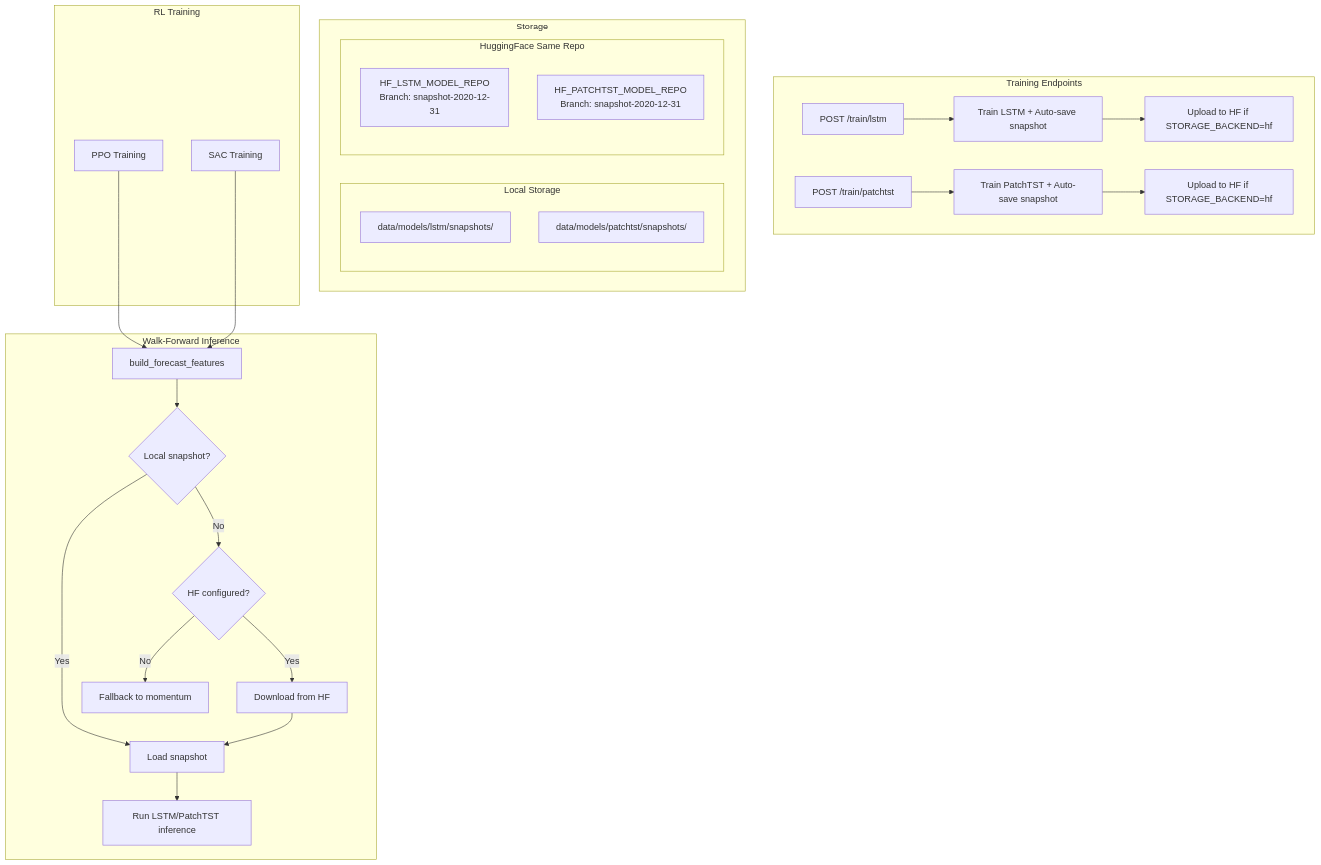
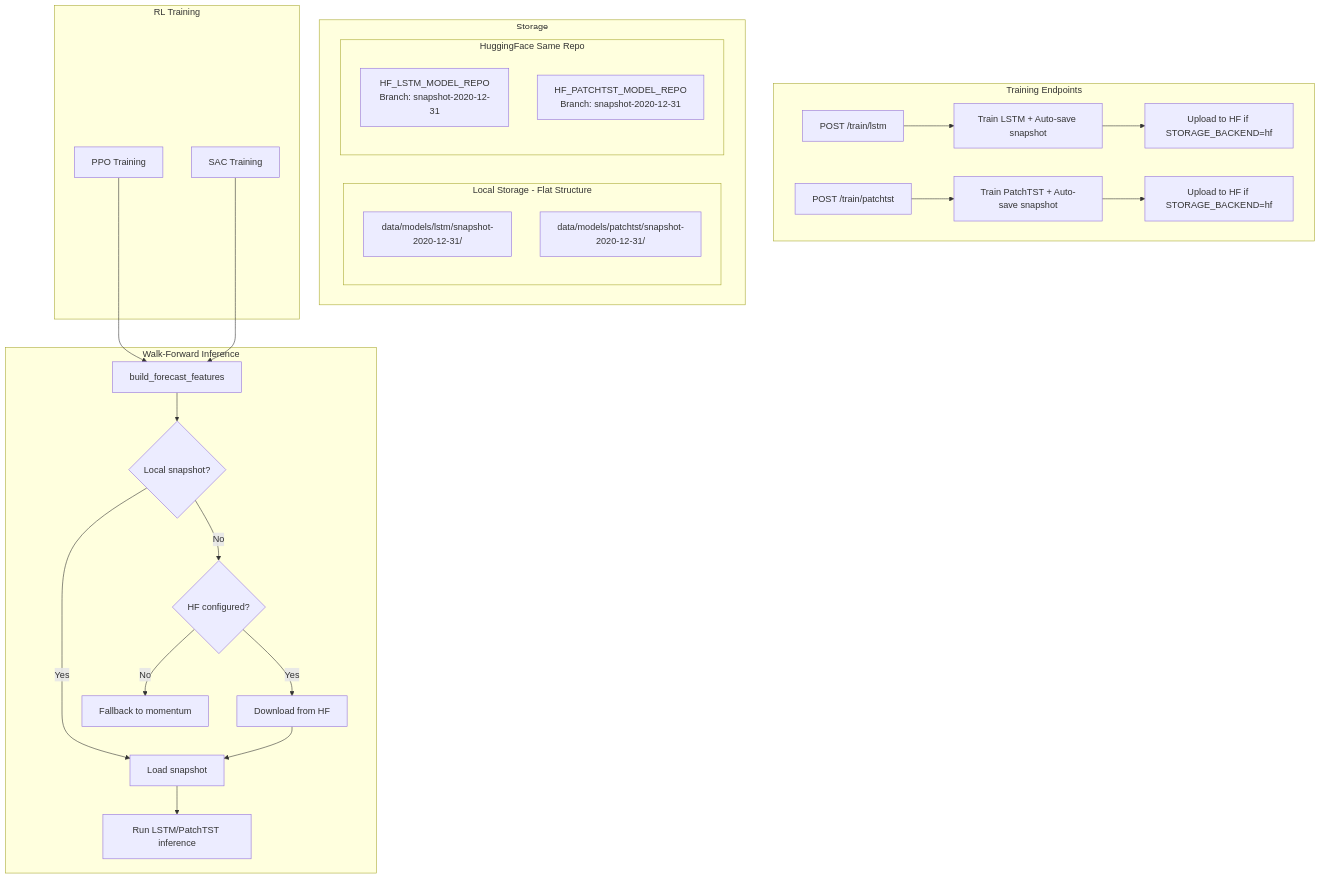
One commit to hajirazin/LearnFinance-2025 changed the diagram in brain_api/docs/forecaster_snapshots.md. Above: the diagram before and after it, drawn with Mermaid. The commit also changed other lines of this file and 120 other files, not shown here.

First line of the commit message:
refactor(snapshots): flatten storage structure and optimize backfill data loading

````diff
--- a/brain_api/docs/forecaster_snapshots.md
+++ b/brain_api/docs/forecaster_snapshots.md
@@ -14,35 +14,35 @@
 ```mermaid
 flowchart TB
     subgraph training [Training Endpoints]
         A[POST /train/lstm] --> B[Train LSTM + Auto-save snapshot]
         C[POST /train/patchtst] --> D[Train PatchTST + Auto-save snapshot]
         B --> E[Upload to HF if STORAGE_BACKEND=hf]
         D --> F[Upload to HF if STORAGE_BACKEND=hf]
     end
     
     subgraph storage [Storage]
-        subgraph local [Local Storage]
-            G[data/models/lstm/snapshots/]
-            H[data/models/patchtst/snapshots/]
+        subgraph local [Local Storage - Flat Structure]
+            G[data/models/lstm/snapshot-2020-12-31/]
+            H[data/models/patchtst/snapshot-2020-12-31/]
         end
         subgraph hf [HuggingFace Same Repo]
             I[HF_LSTM_MODEL_REPO<br/>Branch: snapshot-2020-12-31]
             J[HF_PATCHTST_MODEL_REPO<br/>Branch: snapshot-2020-12-31]
         end
     end
     
     subgraph walkforward [Walk-Forward Inference]
         K[build_forecast_features] --> L{Local snapshot?}
         L -->|Yes| M[Load snapshot]
         L -->|No| N{HF configured?}
         N -->|Yes| O[Download from HF]
         N -->|No| P[Fallback to momentum]
         O --> M
         M --> Q[Run LSTM/PatchTST inference]
     end
     
     subgraph rl [RL Training]
         R[PPO Training] --> K
         S[SAC Training] --> K
     end
 ```
````
